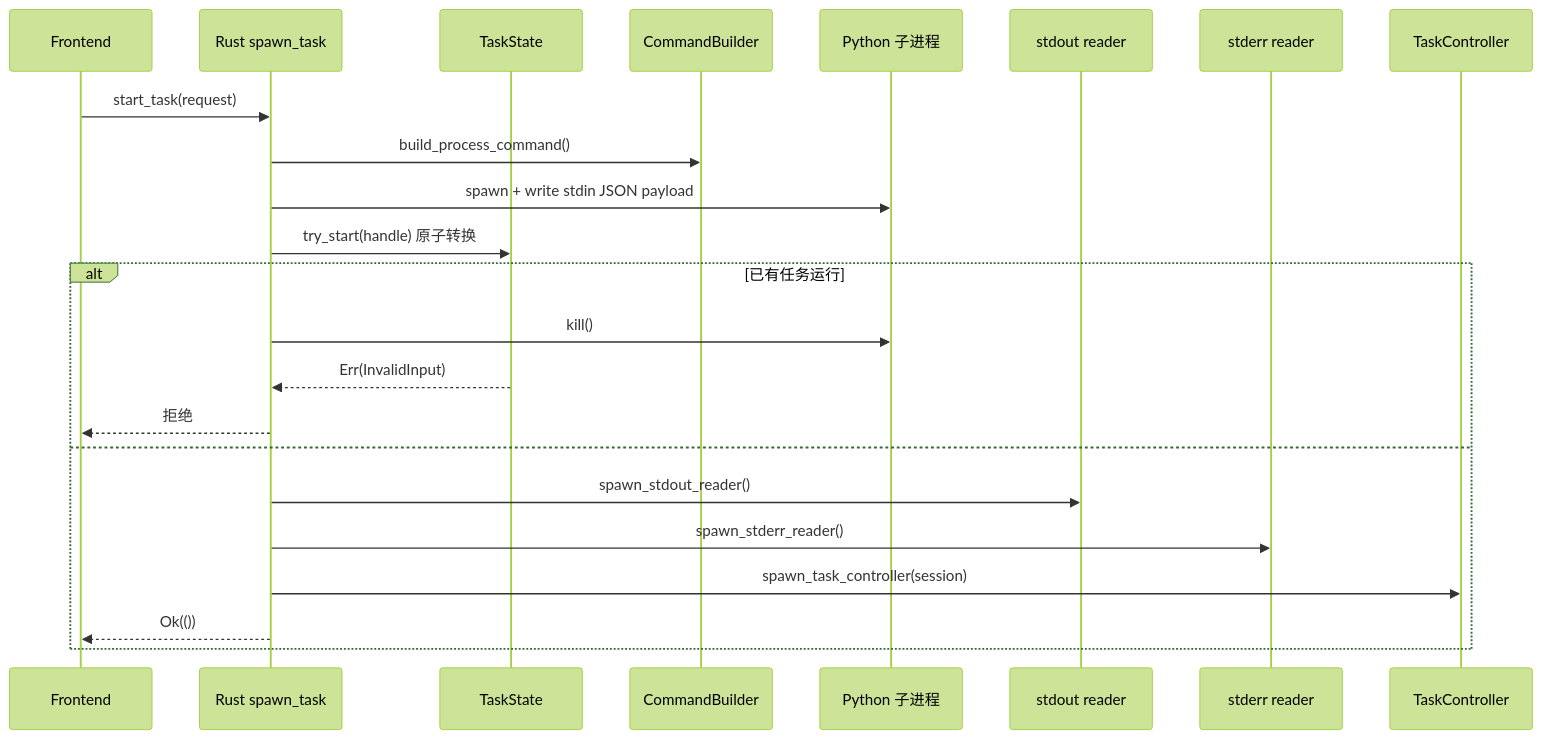
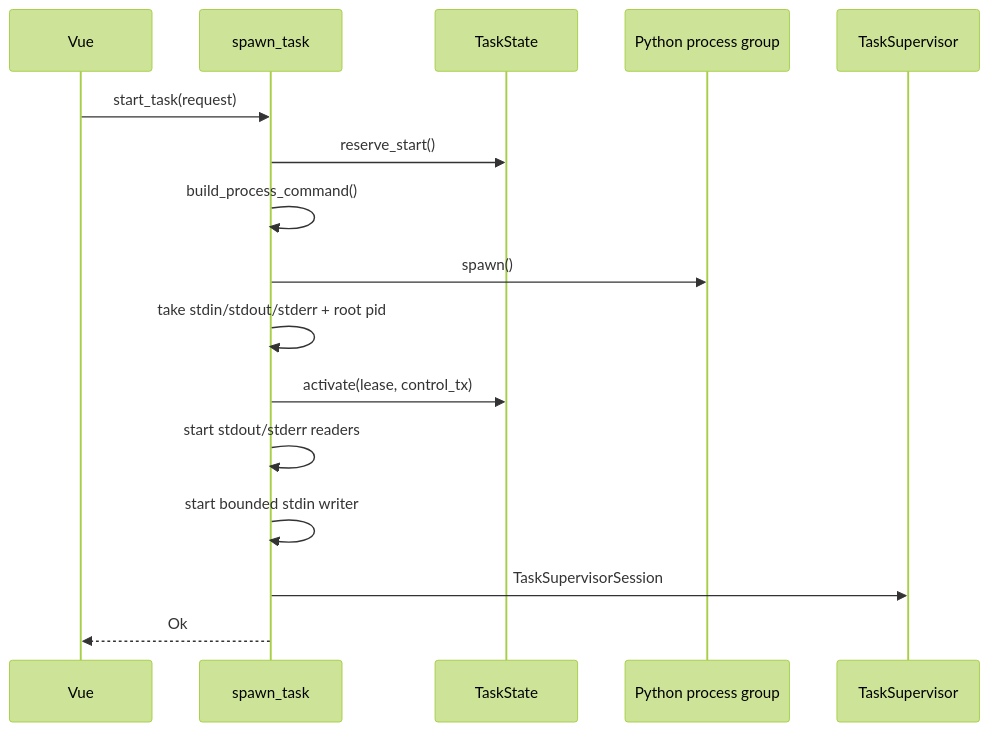
Before and after one commit to youge325/vp: the second of 4 diagrams in docs/07-task-lifecycle.md, drawn with Mermaid (forest theme). The commit also changed other lines of this file and 14 other files, not shown here.

````diff
--- a/docs/07-task-lifecycle.md
+++ b/docs/07-task-lifecycle.md
@@ -55,26 +47,19 @@
 ```mermaid
 sequenceDiagram
-    participant Frontend
-    participant Rust as Rust spawn_task
+    participant UI as Vue
+    participant Spawn as spawn_task
     participant State as TaskState
-    participant Builder as CommandBuilder
-    participant Child as Python 子进程
-    participant Stdout as stdout reader
-    participant Stderr as stderr reader
-    participant Controller as TaskController
+    participant Child as Python process group
+    participant Supervisor as TaskSupervisor
 
-    Frontend->>Rust: start_task(request)
-    Rust->>Builder: build_process_command()
-    Rust->>Child: spawn + write stdin JSON payload
-    Rust->>State: try_start(handle) 原子转换
-    alt 已有任务运行
-        Rust->>Child: kill()
-        State-->>Rust: Err(InvalidInput)
-        Rust-->>Frontend: 拒绝
-    else
-        Rust->>Stdout: spawn_stdout_reader()
-        Rust->>Stderr: spawn_stderr_reader()
-        Rust->>Controller: spawn_task_controller(session)
-        Rust-->>Frontend: Ok(())
-    end
+    UI->>Spawn: start_task(request)
+    Spawn->>State: reserve_start()
+    Spawn->>Spawn: build_process_command()
+    Spawn->>Child: spawn()
+    Spawn->>Spawn: take stdin/stdout/stderr + root pid
+    Spawn->>State: activate(lease, control_tx)
+    Spawn->>Spawn: start stdout/stderr readers
+    Spawn->>Spawn: start bounded stdin writer
+    Spawn->>Supervisor: TaskSupervisorSession
+    Spawn-->>UI: Ok
 ```
````
